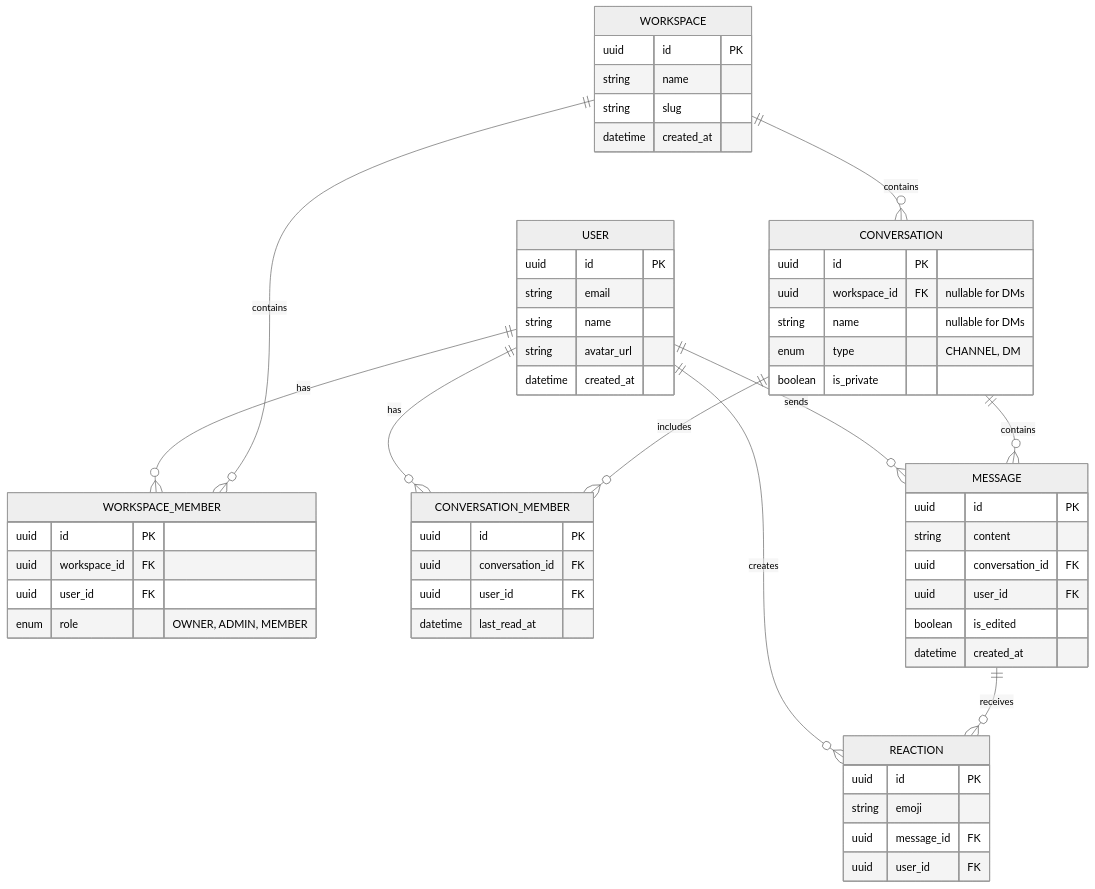
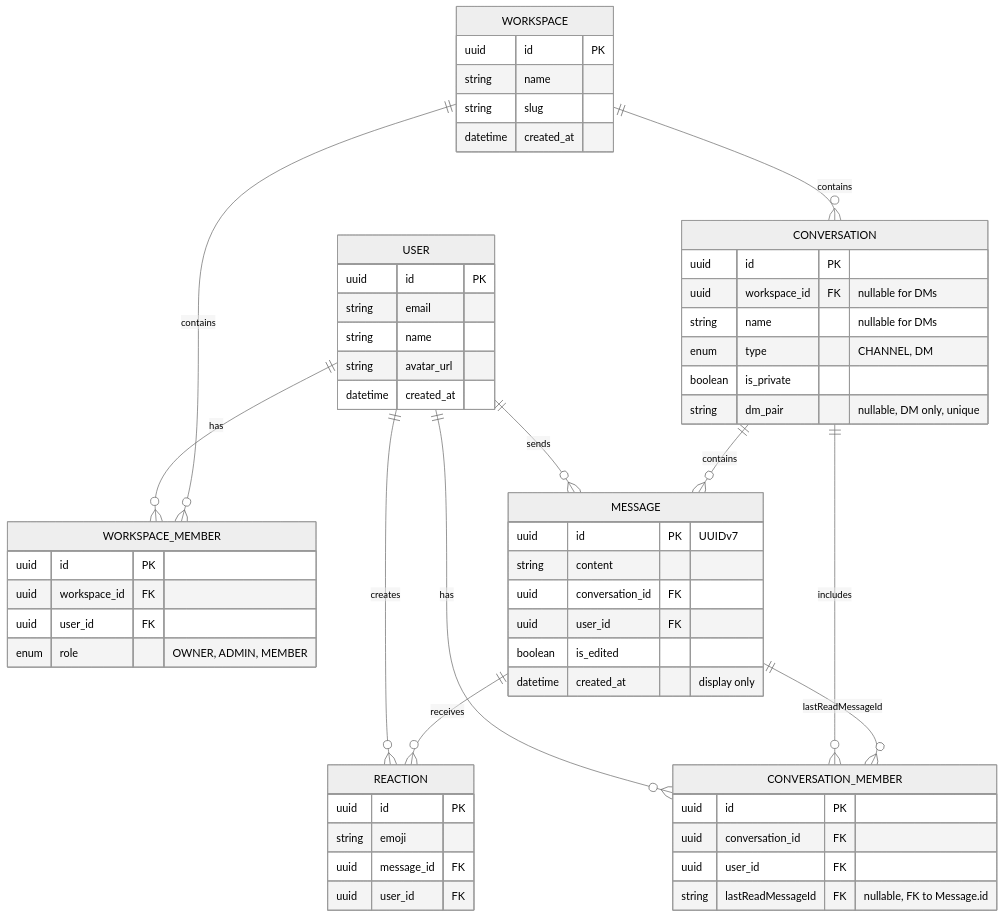
One commit to Kashyap-empiric/Nexus changed the fourth of 4 diagrams in NEXUS_SLACK_CLONE.md. Above: the diagram before and after it, drawn with Mermaid (neutral theme). The commit also changed other lines of this file and 3 other files, not shown here.

Commit message:
chore(database): initialize Prisma schema and migrations.

````diff
--- a/NEXUS_SLACK_CLONE.md
+++ b/NEXUS_SLACK_CLONE.md
@@ -205,68 +245,70 @@
 ```mermaid
 erDiagram
     USER ||--o{ WORKSPACE_MEMBER : has
     USER ||--o{ CONVERSATION_MEMBER : has
     USER ||--o{ MESSAGE : sends
     USER ||--o{ REACTION : creates
     
     WORKSPACE ||--o{ WORKSPACE_MEMBER : contains
     WORKSPACE ||--o{ CONVERSATION : contains
     
     CONVERSATION ||--o{ CONVERSATION_MEMBER : includes
     CONVERSATION ||--o{ MESSAGE : contains
     
     MESSAGE ||--o{ REACTION : receives
+    MESSAGE ||--o{ CONVERSATION_MEMBER : "lastReadMessageId"
     
     USER {
         uuid id PK
         string email
         string name
         string avatar_url
         datetime created_at
     }
     
     WORKSPACE {
         uuid id PK
         string name
         string slug
         datetime created_at
     }
     
     WORKSPACE_MEMBER {
         uuid id PK
         uuid workspace_id FK
         uuid user_id FK
         enum role "OWNER, ADMIN, MEMBER"
     }
     
     CONVERSATION {
         uuid id PK
         uuid workspace_id FK "nullable for DMs"
         string name "nullable for DMs"
         enum type "CHANNEL, DM"
         boolean is_private
+        string dm_pair "nullable, DM only, unique"
     }
     
     CONVERSATION_MEMBER {
         uuid id PK
         uuid conversation_id FK
         uuid user_id FK
-        datetime last_read_at
+        string lastReadMessageId FK "nullable, FK to Message.id"
     }
     
     MESSAGE {
-        uuid id PK
+        uuid id PK "UUIDv7"
         string content
         uuid conversation_id FK
         uuid user_id FK
         boolean is_edited
-        datetime created_at
+        datetime created_at "display only"
     }
     
     REACTION {
         uuid id PK
         string emoji
         uuid message_id FK
         uuid user_id FK
     }
 ```
````
